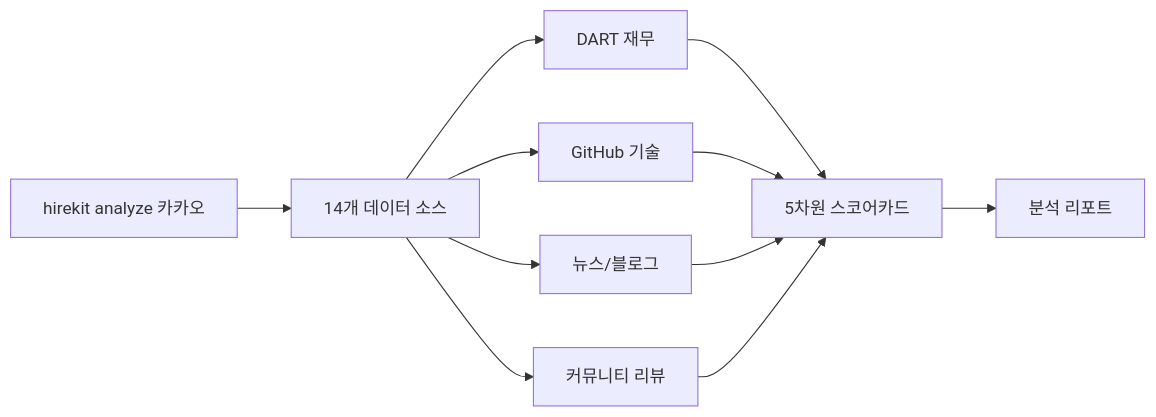
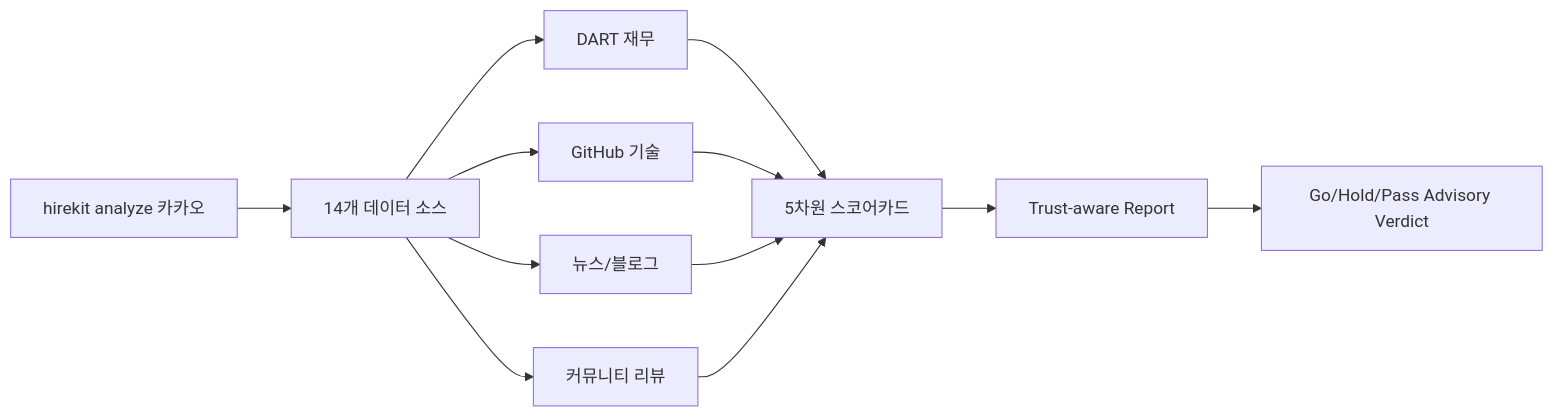
Before and after one commit to zihoshin-dev/hirekit: the first of 2 diagrams in README.md, drawn with Mermaid. The commit also changed other lines of this file and 23 other files, not shown here.

````diff
--- a/README.md
+++ b/README.md
@@ -41,13 +43,14 @@
 ```mermaid
 graph LR
     A[hirekit analyze 카카오] --> B[14개 데이터 소스]
     B --> C1[DART 재무]
     B --> C2[GitHub 기술]
     B --> C3[뉴스/블로그]
     B --> C4[커뮤니티 리뷰]
     C1 --> D[5차원 스코어카드]
     C2 --> D
     C3 --> D
     C4 --> D
-    D --> E[분석 리포트]
+    D --> E[Trust-aware Report]
+    E --> F[Go/Hold/Pass Advisory Verdict]
 ```
````
